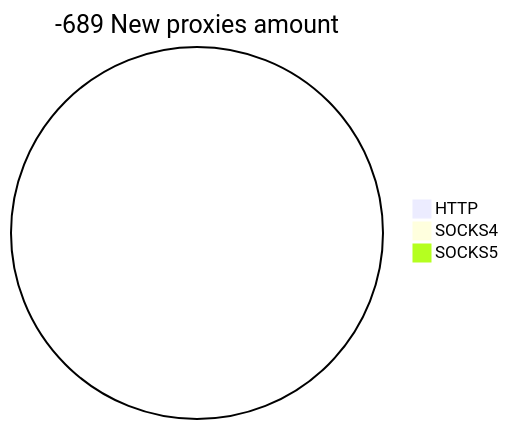
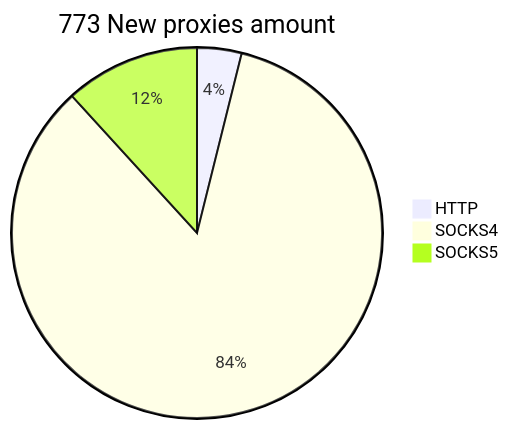
The second of 2 diagrams in README.md (cutipu/proxylist), drawn with Mermaid before and after one commit. The commit also changed other lines of this file, not shown here.

````diff
--- a/README.md
+++ b/README.md
@@ -10,6 +10,6 @@
 ```mermaid
-pie title -689 New proxies amount
-    "HTTP" : 0
-    "SOCKS4" : 0
-    "SOCKS5" : 0
+pie title 773 New proxies amount
+    "HTTP" : 30
+    "SOCKS4" : 652
+    "SOCKS5" : 91
 ```
````
